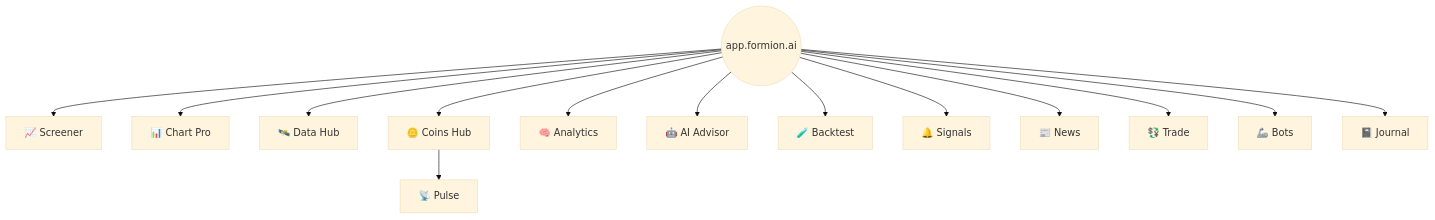
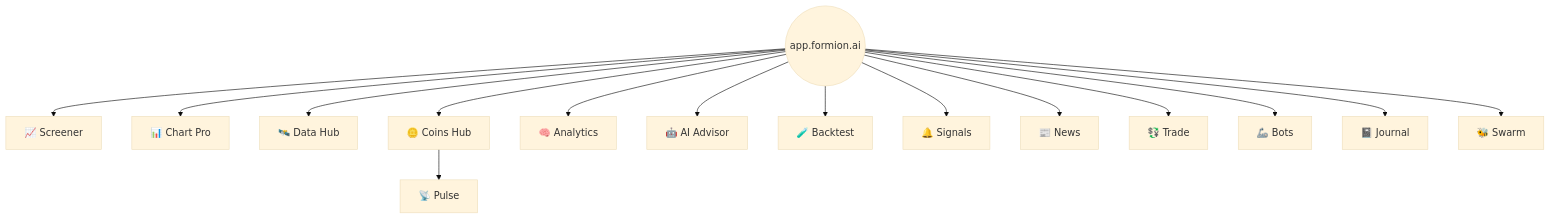
Before and after one commit to formionai/docs: the diagram in the-app.md, drawn with Mermaid (base theme). The commit also changed other lines of this file and 47 other files, not shown here.

````diff
--- a/the-app.md
+++ b/the-app.md
@@ -11,16 +11,17 @@
 ```mermaid
 flowchart TD
   APP(("app.formion.ai")) --> S["📈 Screener"]
   APP --> C["📊 Chart Pro"]
   APP --> D["🛰️ Data Hub"]
   APP --> CH["🪙 Coins Hub"]
   CH --> PU["📡 Pulse"]
   APP --> AN["🧠 Analytics"]
   APP --> AI["🤖 AI Advisor"]
   APP --> BT["🧪 Backtest"]
   APP --> SG["🔔 Signals"]
   APP --> NW["📰 News"]
   APP --> TR["💱 Trade"]
   APP --> BO["🦾 Bots"]
   APP --> JR["📓 Journal"]
+  APP --> SW["🐝 Swarm"]
 ```
````
